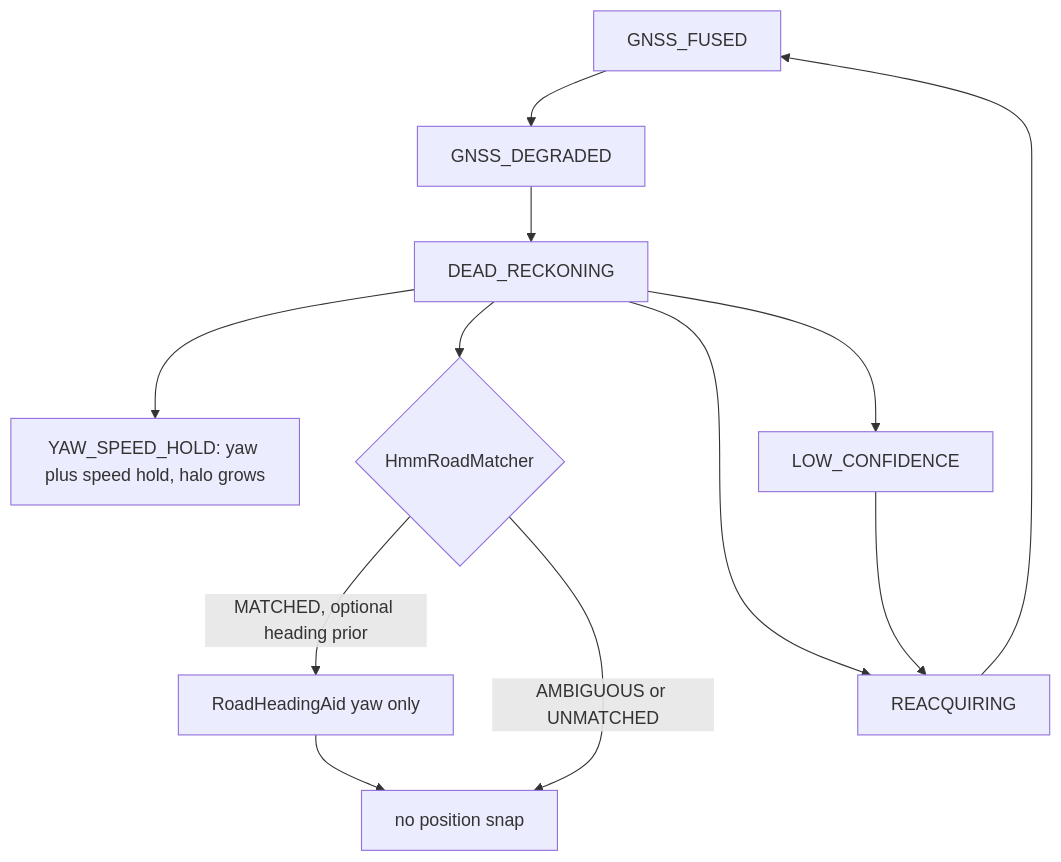
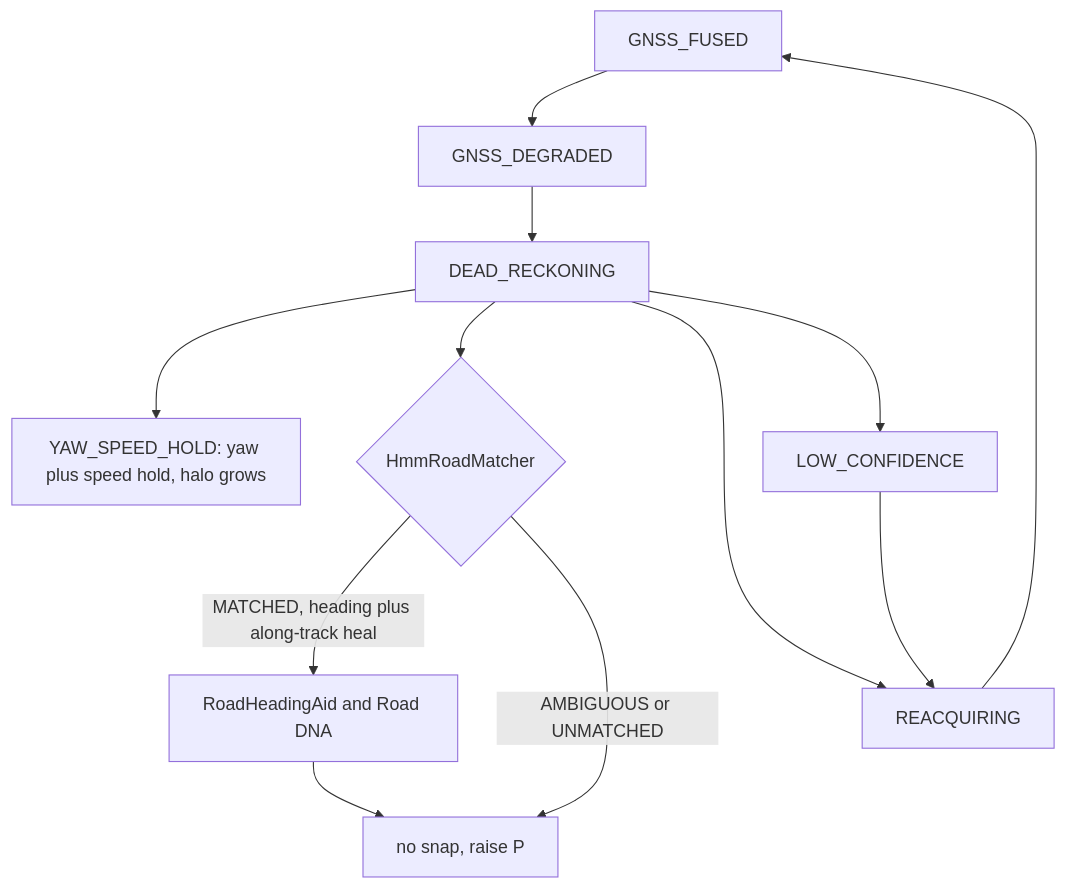
One commit to NotDrake100/driftzero changed the second of 5 diagrams in README.md. Above: the diagram before and after it, drawn with Mermaid. The commit also changed other lines of this file and 126 other files, not shown here.

````diff
--- a/README.md
+++ b/README.md
@@ -53,14 +53,14 @@
 ```mermaid
 flowchart TD
   FUSED["GNSS_FUSED"] --> DEG["GNSS_DEGRADED"]
   DEG --> DR["DEAD_RECKONING"]
   DR --> HOLD["YAW_SPEED_HOLD: yaw plus speed hold, halo grows"]
   DR --> MATCH{"HmmRoadMatcher"}
-  MATCH -->|"MATCHED, optional heading prior"| YAW["RoadHeadingAid yaw only"]
-  MATCH -->|"AMBIGUOUS or UNMATCHED"| NOSNAP["no position snap"]
+  MATCH -->|"MATCHED, heading plus along-track heal"| YAW["RoadHeadingAid and Road DNA"]
+  MATCH -->|"AMBIGUOUS or UNMATCHED"| NOSNAP["no snap, raise P"]
   YAW --> NOSNAP
   DR --> RE["REACQUIRING"]
   RE --> FUSED
   DR --> LOW["LOW_CONFIDENCE"]
   LOW --> RE
 ```
````
